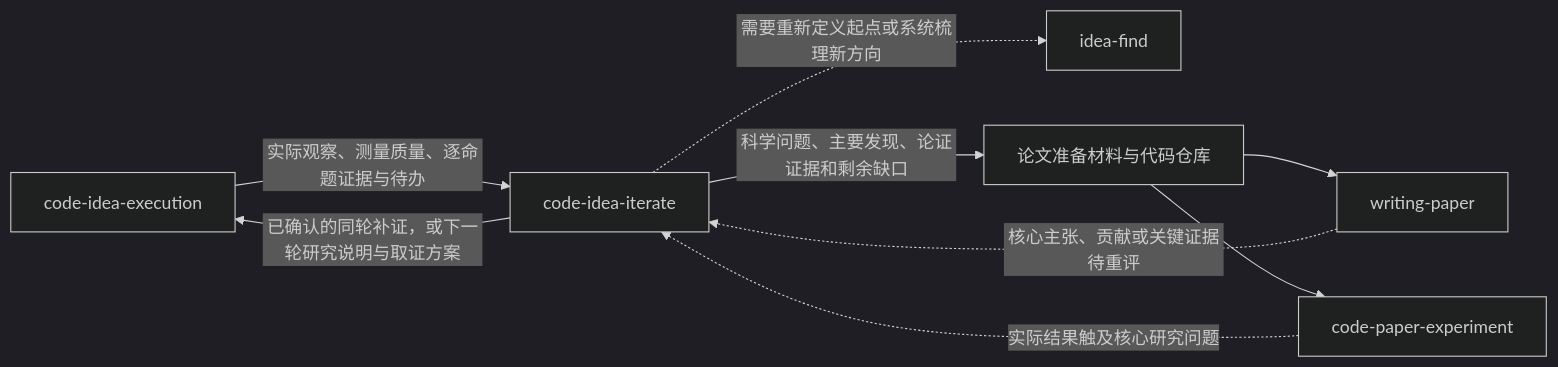
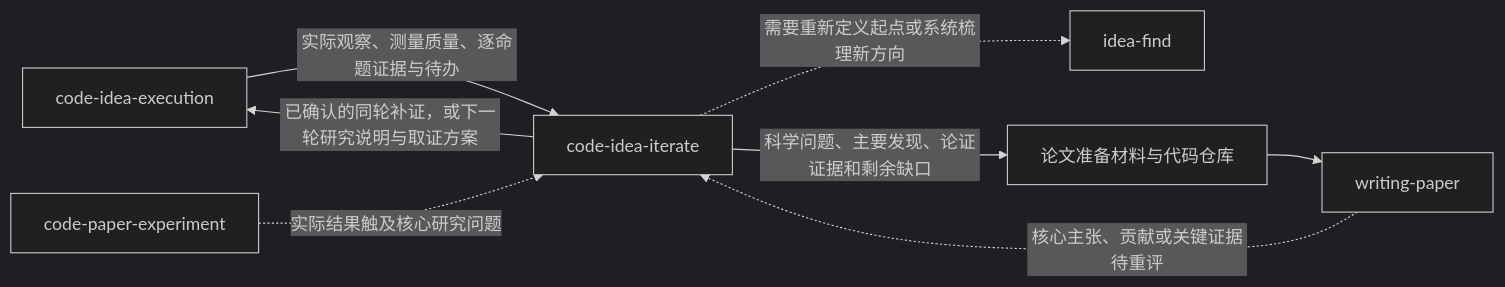
Before and after one commit to jackwang0108/dl-assistant: the first of 2 diagrams in plugins/dl-assistant/skills/code-idea-iterate/SKILL.md, drawn with Mermaid (dark theme). The commit also changed 13 other files, not shown here.

````diff
--- a/plugins/dl-assistant/skills/code-idea-iterate/SKILL.md
+++ b/plugins/dl-assistant/skills/code-idea-iterate/SKILL.md
@@ -14,11 +14,10 @@
 ```mermaid
 flowchart LR
     EX["code-idea-execution"] -->|"实际观察、测量质量、逐命题证据与待办"| IT["code-idea-iterate"]
     IT -->|"已确认的同轮补证，或下一轮研究说明与取证方案"| EX
     IT -.->|"需要重新定义起点或系统梳理新方向"| IF["idea-find"]
     IT -->|"科学问题、主要发现、论证证据和剩余缺口"| PKG["论文准备材料与代码仓库"]
     PKG --> WP["writing-paper"]
-    PKG --> CPE["code-paper-experiment"]
     WP -.->|"核心主张、贡献或关键证据待重评"| IT
-    CPE -.->|"实际结果触及核心研究问题"| IT
+    CPE["code-paper-experiment"] -.->|"实际结果触及核心研究问题"| IT
 ```
````
